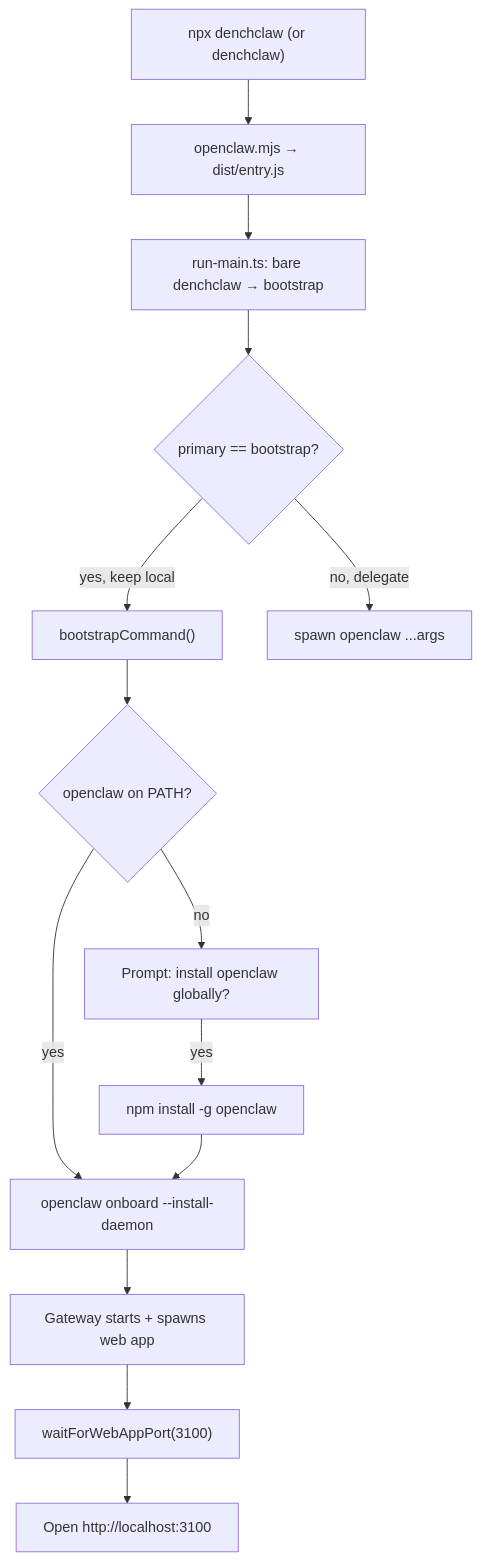
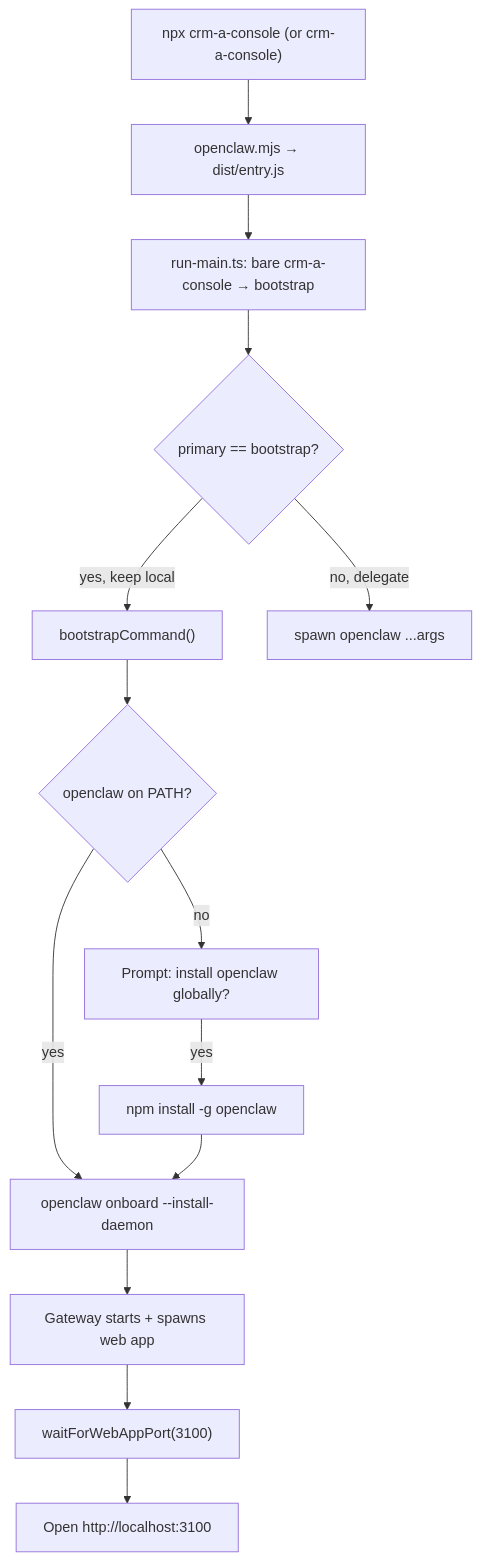
One commit to TopCS/crmaconsole changed the diagram in .cursor/plans/bootstrap_dev_testing_0b5817e5.plan.md. Above: the diagram before and after it, drawn with Mermaid. The commit also changed other lines of this file and 388 other files, not shown here.

First line of the commit message:
Rename project from DenchClaw to Crm-A Console

````diff
--- a/.cursor/plans/bootstrap_dev_testing_0b5817e5.plan.md
+++ b/.cursor/plans/bootstrap_dev_testing_0b5817e5.plan.md
@@ -29,16 +29,16 @@
 ```mermaid
 flowchart TD
-    npx["npx denchclaw (or denchclaw)"] --> entry["openclaw.mjs → dist/entry.js"]
-    entry --> runMain["run-main.ts: bare denchclaw → bootstrap"]
+    npx["npx crm-a-console (or crm-a-console)"] --> entry["openclaw.mjs → dist/entry.js"]
+    entry --> runMain["run-main.ts: bare crm-a-console → bootstrap"]
     runMain --> delegate{"primary == bootstrap?"}
     delegate -->|yes, keep local| bootstrap["bootstrapCommand()"]
     delegate -->|no, delegate| globalOC["spawn openclaw ...args"]
     bootstrap --> checkOC{"openclaw on PATH?"}
     checkOC -->|yes| onboard
     checkOC -->|no| prompt["Prompt: install openclaw globally?"]
     prompt -->|yes| npmInstall["npm install -g openclaw"]
     npmInstall --> onboard
     onboard["openclaw onboard --install-daemon"] --> gatewayStart["Gateway starts + spawns web app"]
     gatewayStart --> probe["waitForWebAppPort(3100)"]
     probe --> openBrowser["Open http://localhost:3100"]
 ```
````
